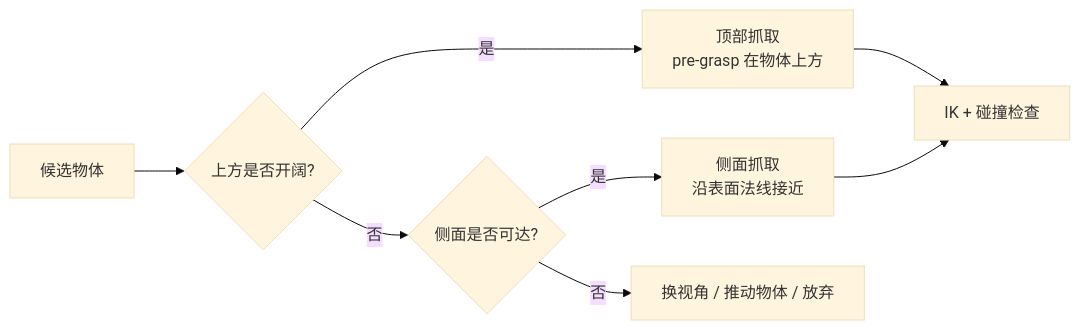
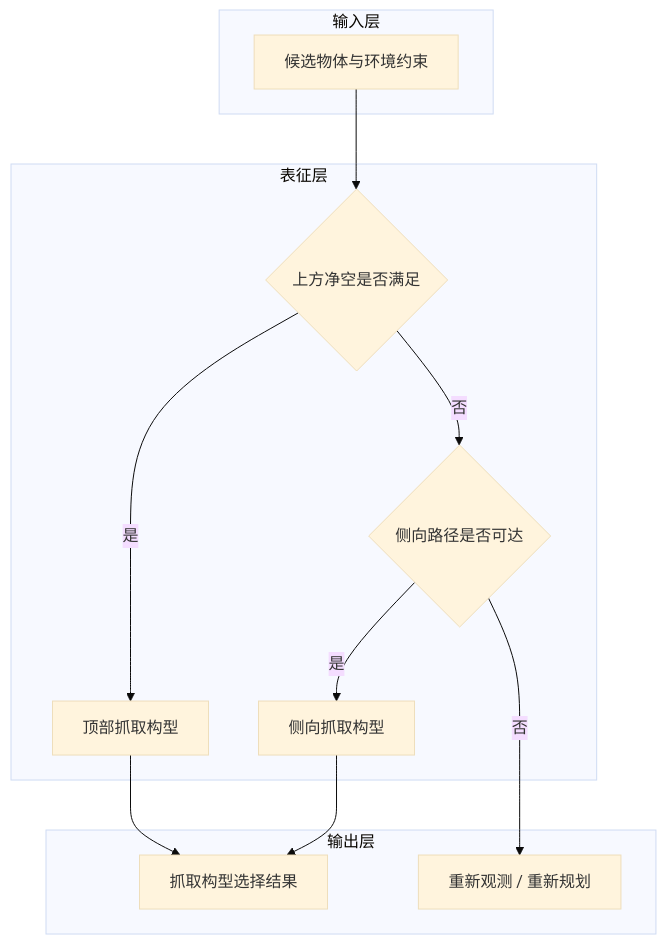
Before and after one commit to Xbotics-Embodied-AI-club/Xbotics-Embodied-AI-Handbook: the ninth of 12 diagrams in docs/part2-vision-manipulation/06-pose_0719.md, drawn with Mermaid (base theme). The commit also changed other lines of this file and 9 other files, not shown here.

````diff
--- a/docs/part2-vision-manipulation/06-pose_0719.md
+++ b/docs/part2-vision-manipulation/06-pose_0719.md
@@ -618,10 +703,21 @@
 ```mermaid
-flowchart LR
-    A[候选物体] --> B{上方是否开阔?}
-    B -- 是 --> C[顶部抓取\npre-grasp 在物体上方]
-    B -- 否 --> D{侧面是否可达?}
-    D -- 是 --> E[侧面抓取\n沿表面法线接近]
-    D -- 否 --> F[换视角 / 推动物体 / 放弃]
-    C --> G[IK + 碰撞检查]
-    E --> G
+flowchart TD
+    subgraph I9[输入层]
+        A9[候选物体与环境约束]
+    end
+    subgraph R9[表征层]
+        B9{上方净空是否满足}
+        C9[顶部抓取构型]
+        D9{侧向路径是否可达}
+        E9[侧向抓取构型]
+    end
+    subgraph O9[输出层]
+        F9[抓取构型选择结果]
+        G9[重新观测 / 重新规划]
+    end
+    A9 --> B9
+    B9 -- 是 --> C9 --> F9
+    B9 -- 否 --> D9
+    D9 -- 是 --> E9 --> F9
+    D9 -- 否 --> G9
 ```
````
